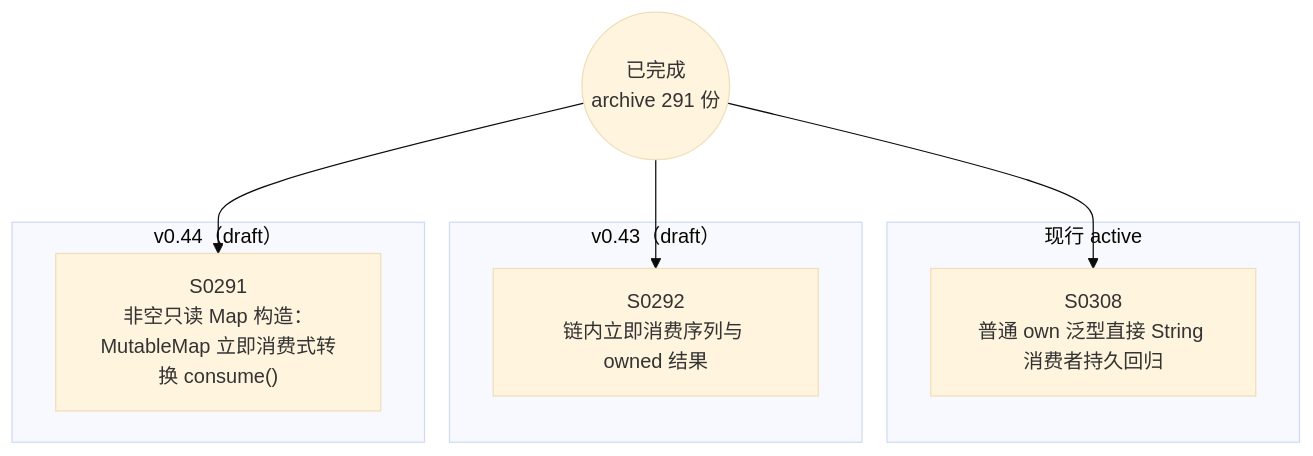
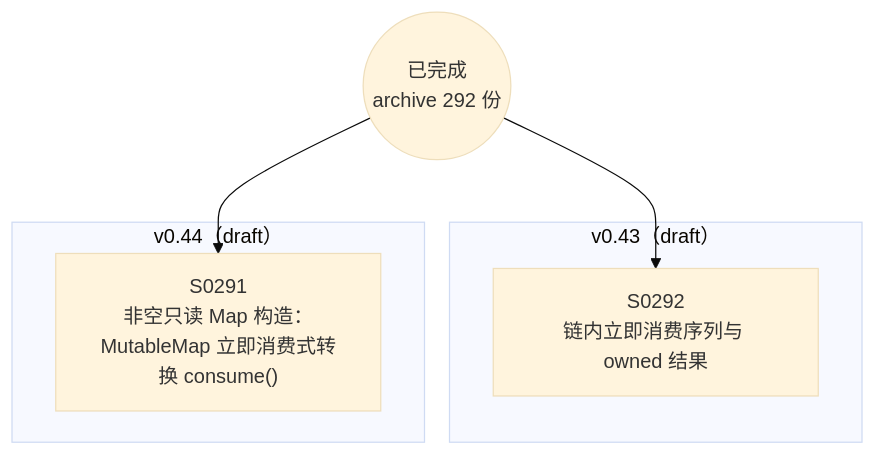
One commit to Halckon/Koven changed the diagram in docs/specs/dependency-graph.md. Above: the diagram before and after it, drawn with Mermaid (base theme). The commit also changed other lines of this file and 8 other files, not shown here.

````diff
--- a/docs/specs/dependency-graph.md
+++ b/docs/specs/dependency-graph.md
@@ -9,16 +9,12 @@
 ```mermaid
 flowchart TD
-ARCH(("已完成<br/>archive 291 份"))
-subgraph Gactive["现行 active"]
-  S0308["S0308<br/>普通 own 泛型直接 String 消费者持久回归"]
-end
+ARCH(("已完成<br/>archive 292 份"))
 subgraph Gdrafts_v043["v0.43（draft）"]
   S0292["S0292<br/>链内立即消费序列与 owned 结果"]
 end
 subgraph Gdrafts_v044["v0.44（draft）"]
   S0291["S0291<br/>非空只读 Map 构造：MutableMap 立即消费式转换 consume()"]
 end
 ARCH --> S0291
 ARCH --> S0292
-ARCH --> S0308
 ```
````
